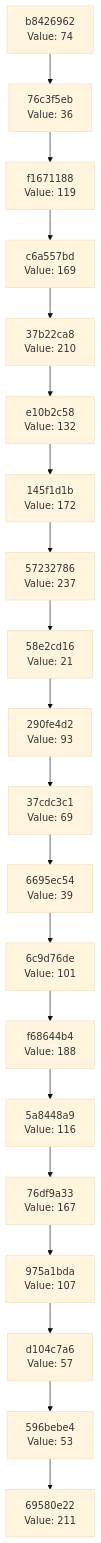
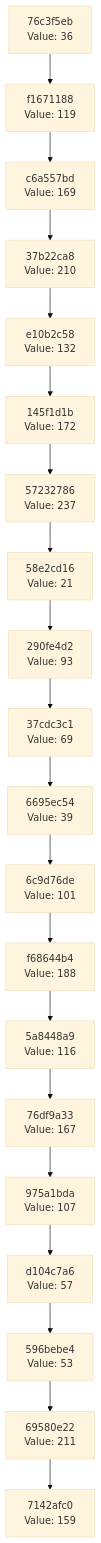
Before and after one commit to Abhisheksinha1506/hash-chain-evolver: the diagram in docs/CHAIN_VISUALIZATION.md, drawn with Mermaid (base theme). The commit also changed 2 other files, not shown here.

Commit message:
Evolution Step

````diff
--- a/docs/CHAIN_VISUALIZATION.md
+++ b/docs/CHAIN_VISUALIZATION.md
@@ -3,42 +3,42 @@
 ```mermaid
 graph TD
-    C0["69580e22<br/>Value: 211"]
-    C1["596bebe4<br/>Value: 53"]
+    C0["7142afc0<br/>Value: 159"]
+    C1["69580e22<br/>Value: 211"]
     C1 --> C0
-    C2["d104c7a6<br/>Value: 57"]
+    C2["596bebe4<br/>Value: 53"]
     C2 --> C1
-    C3["975a1bda<br/>Value: 107"]
+    C3["d104c7a6<br/>Value: 57"]
     C3 --> C2
-    C4["76df9a33<br/>Value: 167"]
+    C4["975a1bda<br/>Value: 107"]
     C4 --> C3
-    C5["5a8448a9<br/>Value: 116"]
+    C5["76df9a33<br/>Value: 167"]
     C5 --> C4
-    C6["f68644b4<br/>Value: 188"]
+    C6["5a8448a9<br/>Value: 116"]
     C6 --> C5
-    C7["6c9d76de<br/>Value: 101"]
+    C7["f68644b4<br/>Value: 188"]
     C7 --> C6
-    C8["6695ec54<br/>Value: 39"]
+    C8["6c9d76de<br/>Value: 101"]
     C8 --> C7
-    C9["37cdc3c1<br/>Value: 69"]
+    C9["6695ec54<br/>Value: 39"]
     C9 --> C8
-    C10["290fe4d2<br/>Value: 93"]
+    C10["37cdc3c1<br/>Value: 69"]
     C10 --> C9
-    C11["58e2cd16<br/>Value: 21"]
+    C11["290fe4d2<br/>Value: 93"]
     C11 --> C10
-    C12["57232786<br/>Value: 237"]
+    C12["58e2cd16<br/>Value: 21"]
     C12 --> C11
-    C13["145f1d1b<br/>Value: 172"]
+    C13["57232786<br/>Value: 237"]
     C13 --> C12
-    C14["e10b2c58<br/>Value: 132"]
+    C14["145f1d1b<br/>Value: 172"]
     C14 --> C13
-    C15["37b22ca8<br/>Value: 210"]
+    C15["e10b2c58<br/>Value: 132"]
     C15 --> C14
-    C16["c6a557bd<br/>Value: 169"]
+    C16["37b22ca8<br/>Value: 210"]
     C16 --> C15
-    C17["f1671188<br/>Value: 119"]
+    C17["c6a557bd<br/>Value: 169"]
     C17 --> C16
-    C18["76c3f5eb<br/>Value: 36"]
+    C18["f1671188<br/>Value: 119"]
     C18 --> C17
-    C19["b8426962<br/>Value: 74"]
+    C19["76c3f5eb<br/>Value: 36"]
     C19 --> C18
 ```
````
